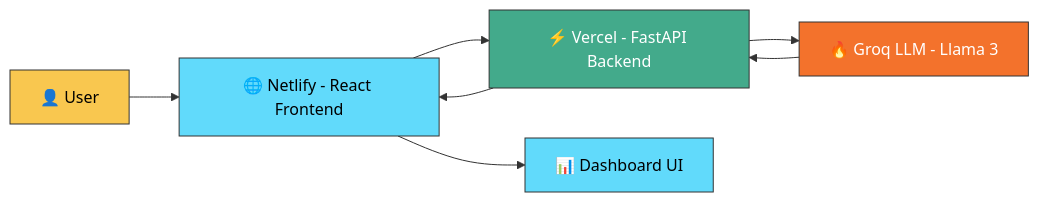
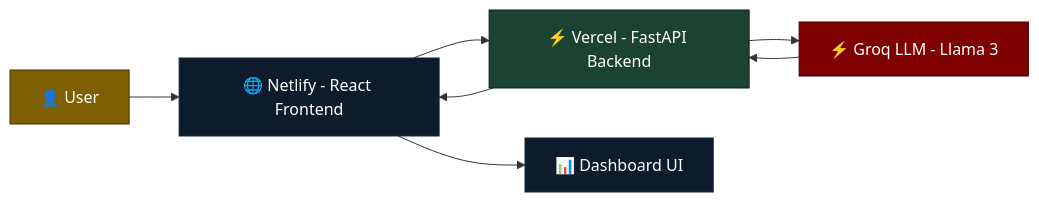
The first of 4 diagrams in Readme.md (kaushlendra0607/NLP_Sentiment_Analysis), drawn with Mermaid before and after one commit. The commit also changed other lines of this file, not shown here.

````diff
--- a/Readme.md
+++ b/Readme.md
@@ -70,16 +70,15 @@
 ```mermaid
 flowchart LR
 
     A[👤 User]:::user --> B[🌐 Netlify - React Frontend]:::frontend
     B --> C[⚡ Vercel - FastAPI Backend]:::backend
-    C --> D[🔥 Groq LLM - Llama 3]:::llm
+    C --> D[⚡ Groq LLM - Llama 3]:::llm
     D --> C
     C --> B
     B --> E[📊 Dashboard UI]:::frontend
 
-    classDef user fill:#f9c74f,stroke:#333,color:#000;
-    classDef frontend fill:#61dafb,stroke:#333,color:#000;
-    classDef backend fill:#43aa8b,stroke:#333,color:#fff;
-    classDef logic fill:#577590,stroke:#333,color:#fff;
-    classDef llm fill:#f3722c,stroke:#333,color:#fff;
+    classDef user fill:#7f6000,stroke:#3e2f00,color:#ffffff;
+    classDef frontend fill:#0d1b2a,stroke:#1b263b,color:#ffffff;
+    classDef backend fill:#1b4332,stroke:#081c15,color:#ffffff;
+    classDef llm fill:#7f0000,stroke:#3b0000,color:#ffffff;
 ```
````
